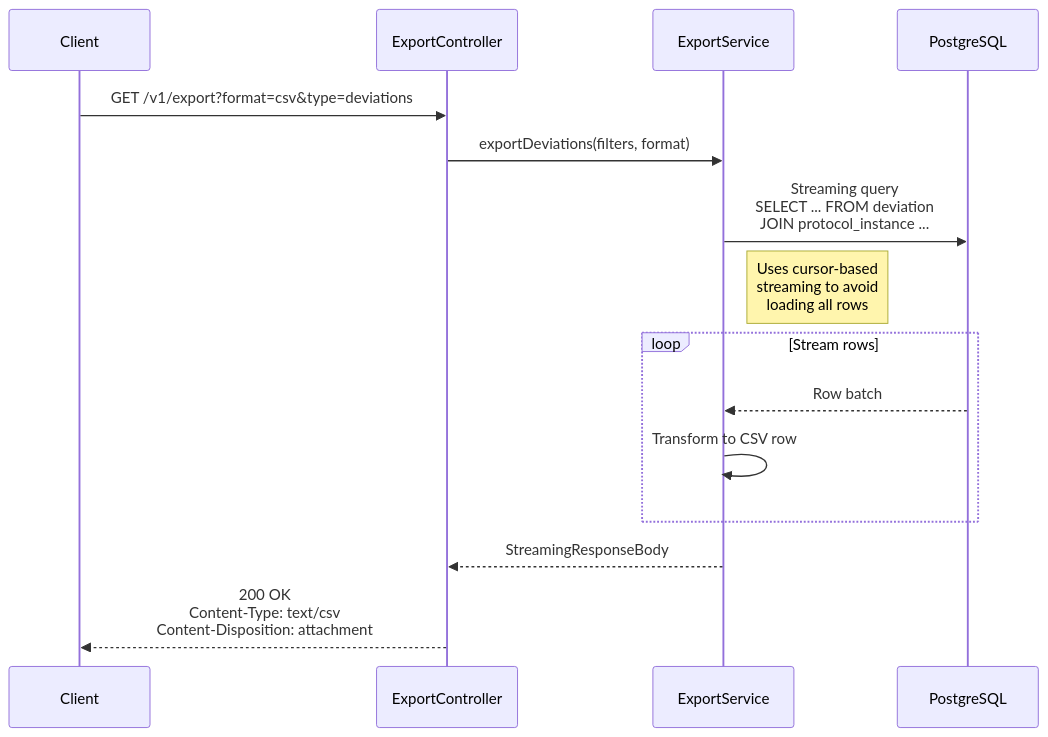
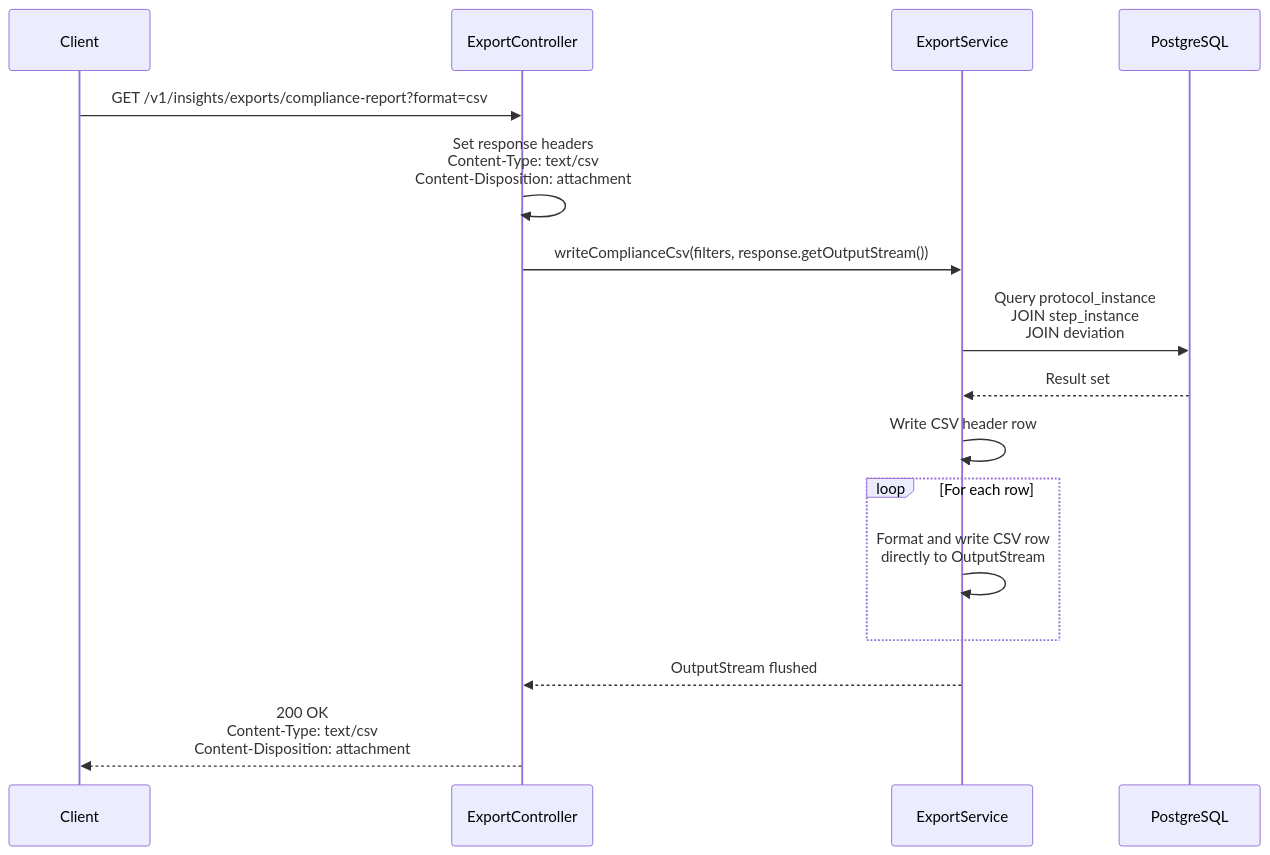
The sixth of 29 diagrams in docs/flow-diagrams.md (AjishaVayoli-Tarento/cce-insights-service), drawn with Mermaid before and after one commit. The commit also changed other lines of this file and 5 other files, not shown here.

````diff
--- a/docs/flow-diagrams.md
+++ b/docs/flow-diagrams.md
@@ -117,21 +117,23 @@
 ```mermaid
 sequenceDiagram
     participant Client
     participant Controller as ExportController
     participant Service as ExportService
     participant DB as PostgreSQL
 
-    Client->>Controller: GET /v1/export?format=csv&type=deviations
-    Controller->>Service: exportDeviations(filters, format)
+    Client->>Controller: GET /v1/insights/exports/compliance-report?format=csv
+    Controller->>Controller: Set response headers<br/>Content-Type: text/csv<br/>Content-Disposition: attachment
 
-    Service->>DB: Streaming query<br/>SELECT ... FROM deviation<br/>JOIN protocol_instance ...
-    Note right of Service: Uses cursor-based<br/>streaming to avoid<br/>loading all rows
+    Controller->>Service: writeComplianceCsv(filters, response.getOutputStream())
 
-    loop Stream rows
-        DB-->>Service: Row batch
-        Service->>Service: Transform to CSV row
+    Service->>DB: Query protocol_instance<br/>JOIN step_instance<br/>JOIN deviation
+    DB-->>Service: Result set
+
+    Service->>Service: Write CSV header row
+    loop For each row
+        Service->>Service: Format and write CSV row<br/>directly to OutputStream
     end
 
-    Service-->>Controller: StreamingResponseBody
+    Service-->>Controller: OutputStream flushed
     Controller-->>Client: 200 OK<br/>Content-Type: text/csv<br/>Content-Disposition: attachment
 ```
````
